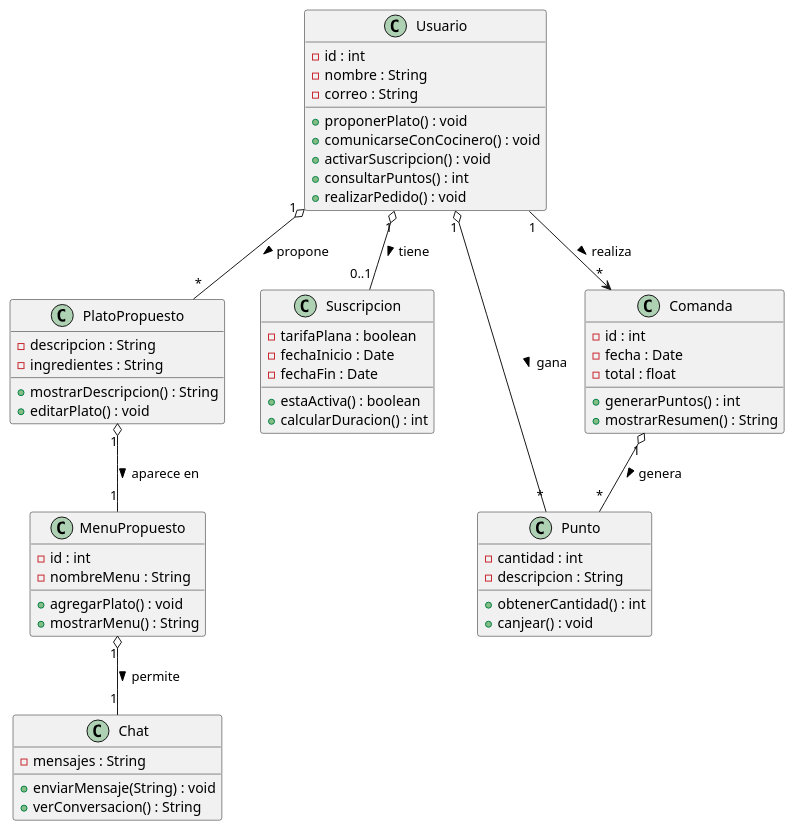
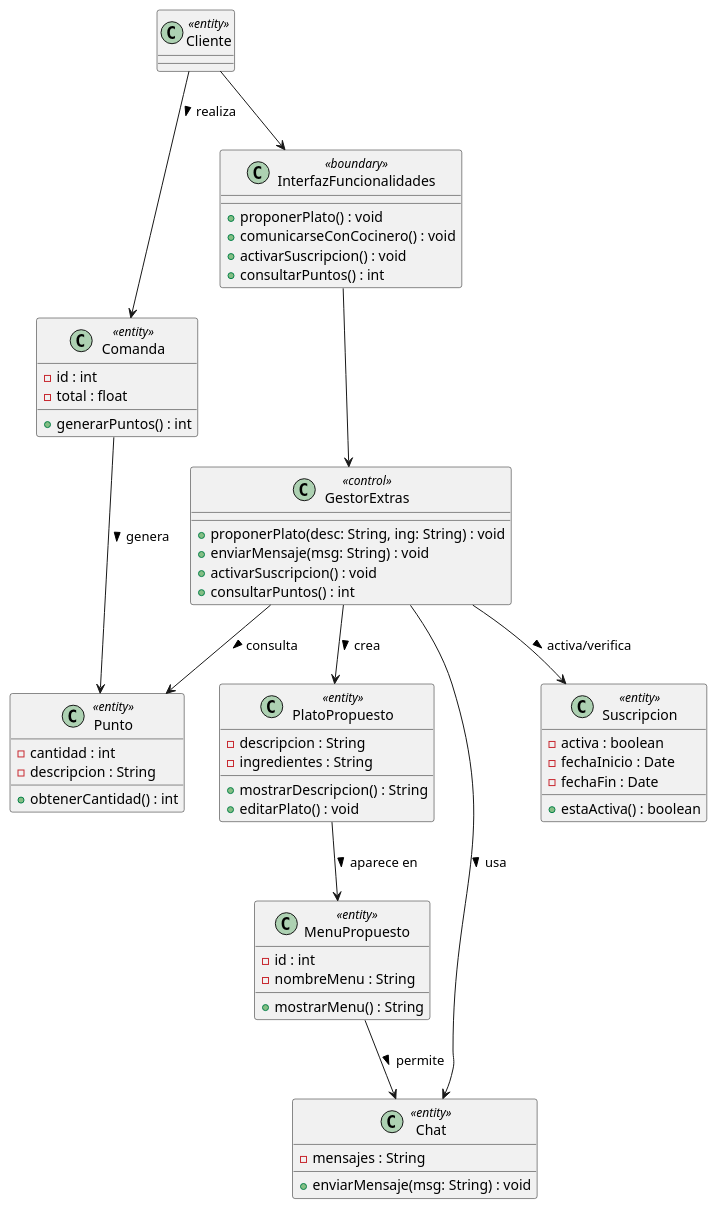
The diagram in documents/Diagrama Clases/CodeUML/bloq6.pUML (dabien3/ES25UAB-511-05), drawn with PlantUML before and after one commit.

```diff
--- a/documents/Diagrama Clases/CodeUML/bloq6.pUML
+++ b/documents/Diagrama Clases/CodeUML/bloq6.pUML
@@ -1,65 +1,70 @@
 @startuml
 
-class Usuario {
-  - id : int
-  - nombre : String
-  - correo : String
-  + proponerPlato() : void
-  + comunicarseConCocinero() : void
-  + activarSuscripcion() : void
-  + consultarPuntos() : int
-  + realizarPedido() : void
-}
-
-class PlatoPropuesto {
+class PlatoPropuesto <<entity>> {
   - descripcion : String
   - ingredientes : String
   + mostrarDescripcion() : String
   + editarPlato() : void
 }
 
-class MenuPropuesto {
+class MenuPropuesto <<entity>> {
   - id : int
   - nombreMenu : String
-  + agregarPlato() : void
   + mostrarMenu() : String
 }
 
-class Chat {
+class Chat <<entity>> {
   - mensajes : String
-  + enviarMensaje(String) : void
-  + verConversacion() : String
+  + enviarMensaje(msg: String) : void
 }
 
-class Suscripcion {
-  - tarifaPlana : boolean
+class Suscripcion <<entity>> {
+  - activa : boolean
   - fechaInicio : Date
   - fechaFin : Date
   + estaActiva() : boolean
-  + calcularDuracion() : int
 }
 
-class Punto {
+class Punto <<entity>> {
   - cantidad : int
   - descripcion : String
   + obtenerCantidad() : int
-  + canjear() : void
 }
 
-class Comanda {
+class Comanda <<entity>> {
   - id : int
-  - fecha : Date
   - total : float
   + generarPuntos() : int
-  + mostrarResumen() : String
 }
 
-Usuario "1" o-- "*" PlatoPropuesto : propone >
-PlatoPropuesto "1" o-- "1" MenuPropuesto : aparece en >
-MenuPropuesto "1" o-- "1" Chat : permite >
-Usuario "1" o-- "0..1" Suscripcion : tiene >
-Usuario "1" o-- "*" Punto : gana >
-Comanda "1" o-- "*" Punto : genera >
-Usuario "1" --> "*" Comanda : realiza >
+class GestorExtras <<control>> {
+  +proponerPlato(desc: String, ing: String) : void
+  +enviarMensaje(msg: String) : void
+  +activarSuscripcion() : void
+  +consultarPuntos() : int
+}
+
+class InterfazFuncionalidades <<boundary>> {
+  +proponerPlato() : void
+  +comunicarseConCocinero() : void
+  +activarSuscripcion() : void
+  +consultarPuntos() : int
+}
+
+class Cliente <<entity>>
+
+Cliente --> InterfazFuncionalidades
+
+InterfazFuncionalidades --> GestorExtras
+
+GestorExtras --> PlatoPropuesto : crea >
+PlatoPropuesto --> MenuPropuesto : aparece en >
+MenuPropuesto --> Chat : permite >
+
+GestorExtras --> Chat : usa >
+GestorExtras --> Suscripcion : activa/verifica >
+GestorExtras --> Punto : consulta >
+Comanda --> Punto : genera >
+Cliente --> Comanda : realiza >
 
 @enduml
```
